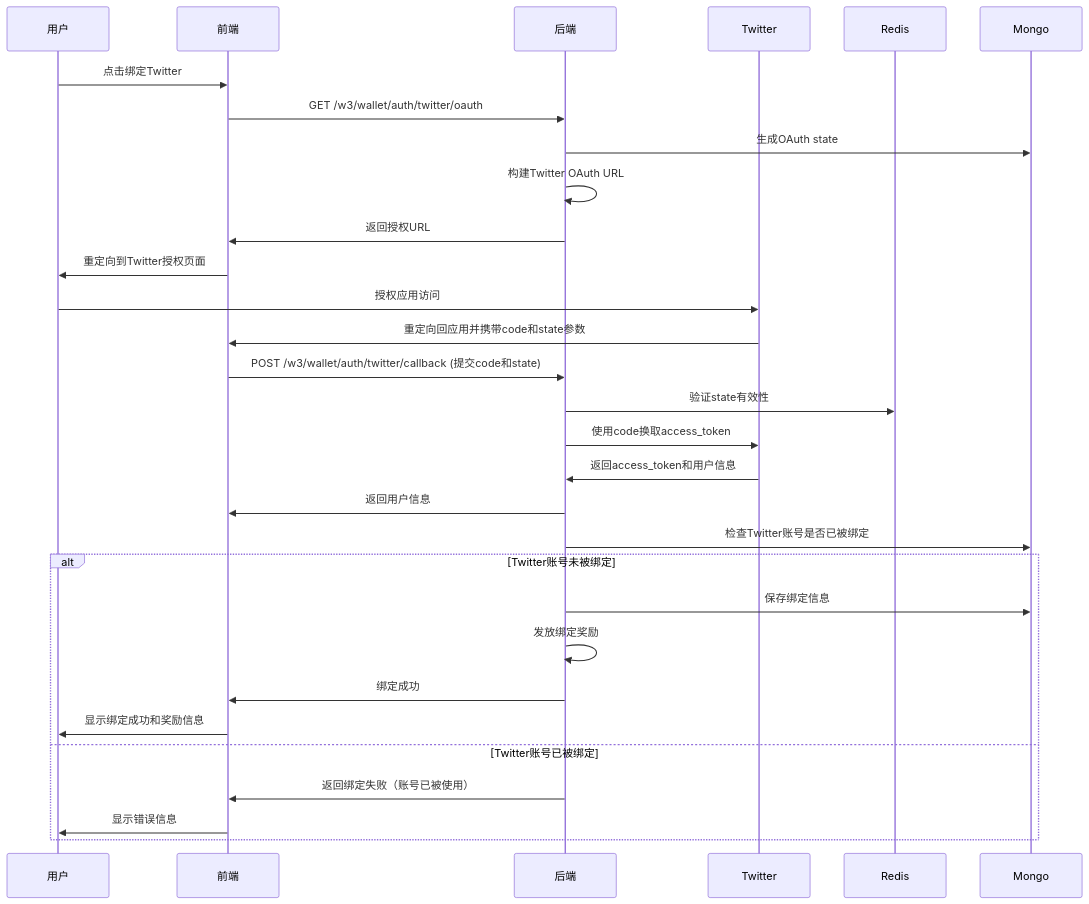
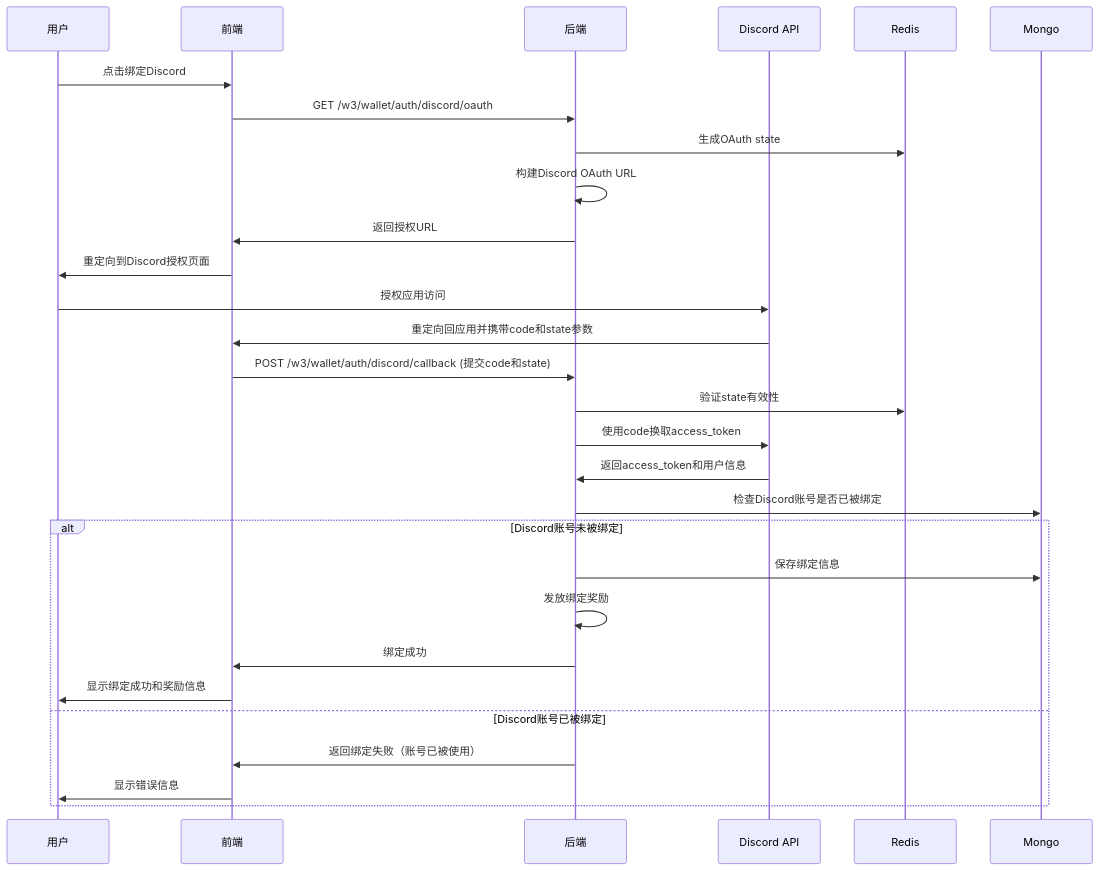
One commit to yingjianzh/iodraw-files changed the diagram in all/未命名-73.md. Above: the diagram before and after it, drawn with Mermaid.

Commit message:
2025-07-07 10:57:16 update

````diff
--- a/all/未命名-73.md
+++ b/all/未命名-73.md
@@ -1,38 +1,37 @@
 ```mermaid
 
 sequenceDiagram
     participant User as 用户
     participant Frontend as 前端
     participant Backend as 后端
-    participant Twitter as Twitter
+    participant Discord as Discord API
     participant Redis as Redis
     participant DB as Mongo
 
 
-    User->>Frontend: 点击绑定Twitter
-    Frontend->>Backend: GET /w3/wallet/auth/twitter/oauth
-    Backend->>DB: 生成OAuth state
-    Backend->>Backend: 构建Twitter OAuth URL
+    User->>Frontend: 点击绑定Discord
+    Frontend->>Backend: GET /w3/wallet/auth/discord/oauth
+    Backend->>Redis: 生成OAuth state
+    Backend->>Backend: 构建Discord OAuth URL
     Backend->>Frontend: 返回授权URL
-    Frontend->>User: 重定向到Twitter授权页面
+    Frontend->>User: 重定向到Discord授权页面
     
-    User->>Twitter: 授权应用访问
-    Twitter->>Frontend: 重定向回应用并携带code和state参数
-    Frontend->>Backend: POST /w3/wallet/auth/twitter/callback (提交code和state)
+    User->>Discord: 授权应用访问
+    Discord->>Frontend: 重定向回应用并携带code和state参数
+    Frontend->>Backend: POST /w3/wallet/auth/discord/callback (提交code和state)
     Backend->>Redis: 验证state有效性
-    Backend->>Twitter: 使用code换取access_token
-    Twitter->>Backend: 返回access_token和用户信息
-    Backend->>Frontend: 返回用户信息
-    Backend->>DB: 检查Twitter账号是否已被绑定
+    Backend->>Discord: 使用code换取access_token
+    Discord->>Backend: 返回access_token和用户信息
+    Backend->>DB: 检查Discord账号是否已被绑定
     
-    alt Twitter账号未被绑定
+    alt Discord账号未被绑定
         Backend->>DB: 保存绑定信息
         Backend->>Backend: 发放绑定奖励
         Backend->>Frontend: 绑定成功
         Frontend->>User: 显示绑定成功和奖励信息
-    else Twitter账号已被绑定
+    else Discord账号已被绑定
         Backend->>Frontend: 返回绑定失败（账号已被使用）
         Frontend->>User: 显示错误信息
     end
 
 ```
````
